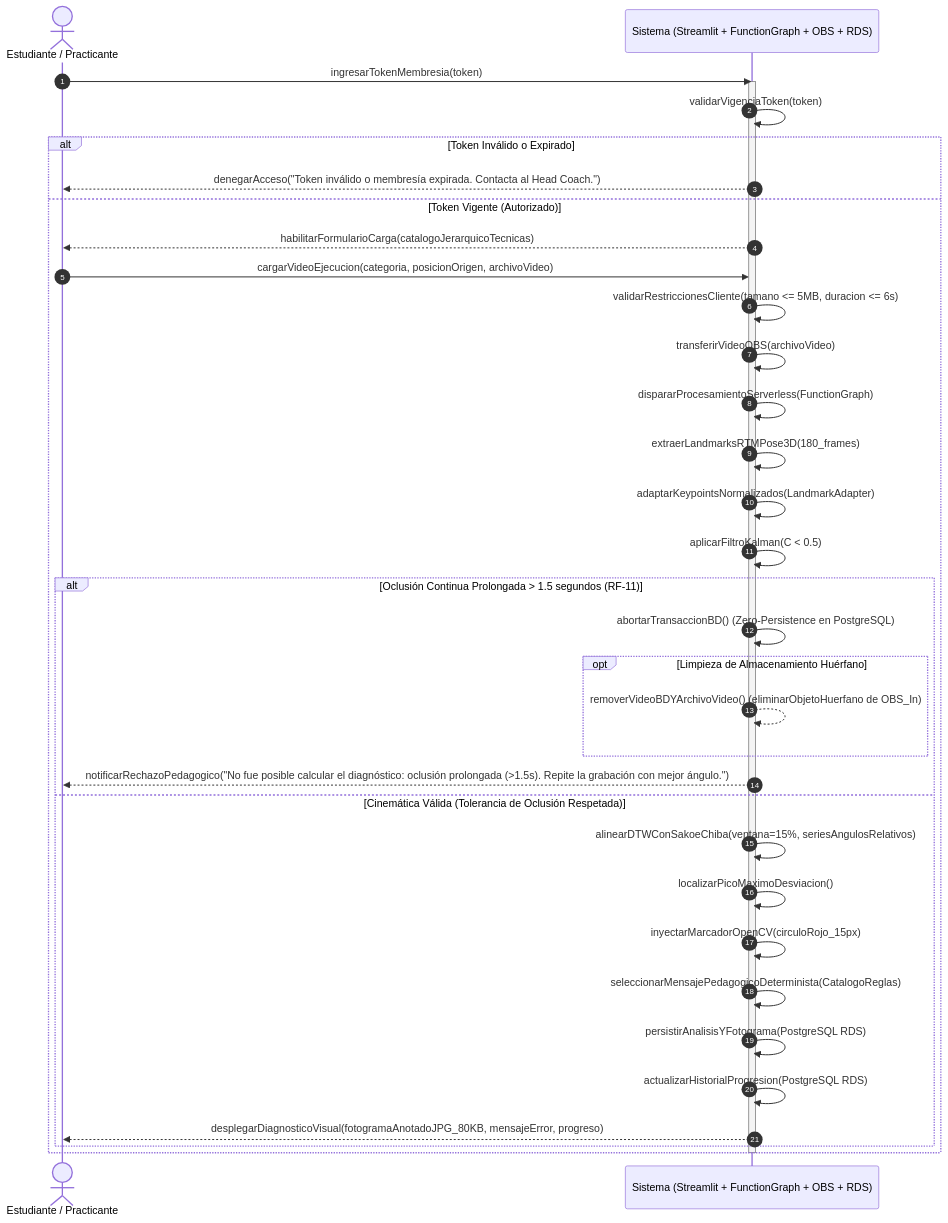
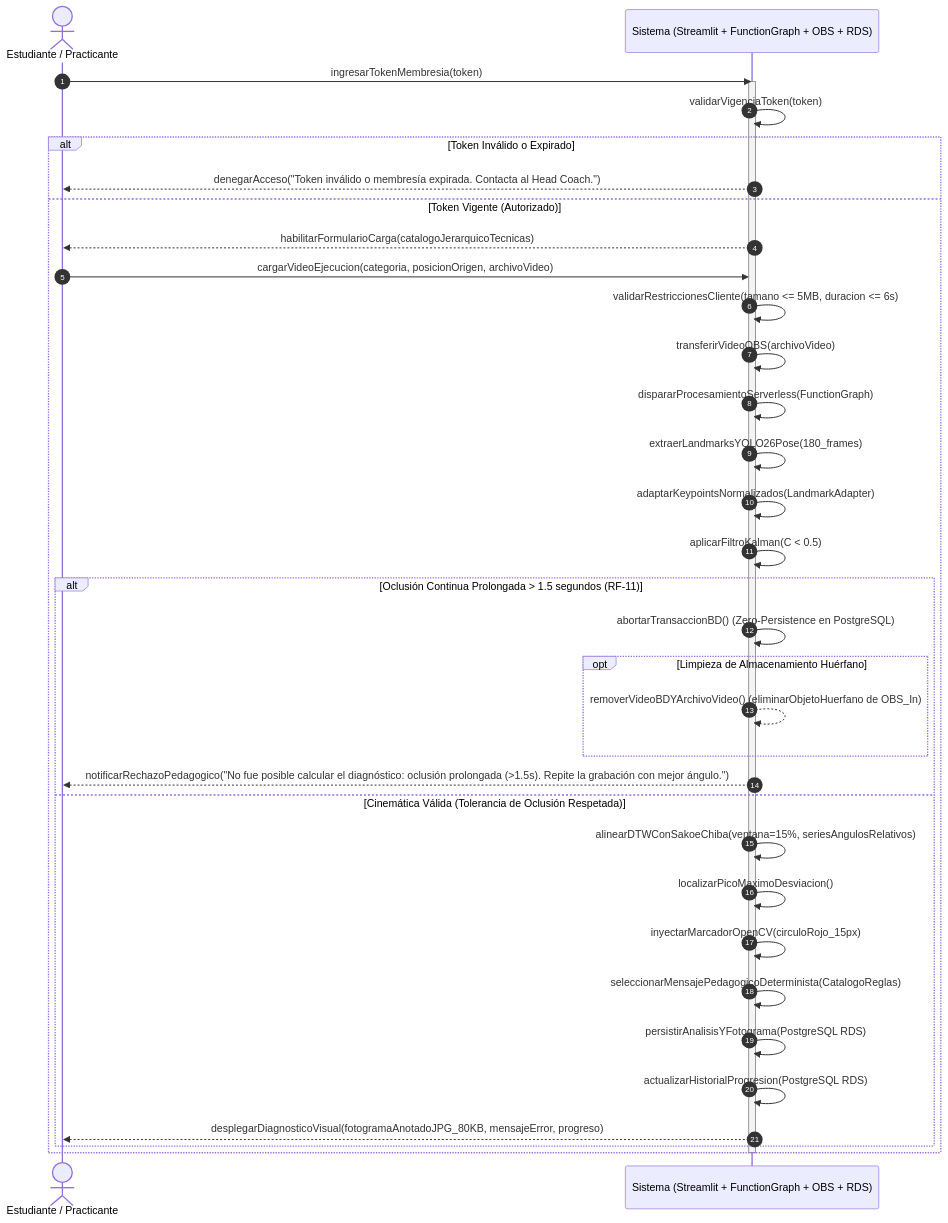
The seventh of 10 diagrams in README.md (Tsmrain/JiuJitsu), drawn with Mermaid before and after one commit. The commit also changed other lines of this file and 57 other files, not shown here.

````diff
--- a/README.md
+++ b/README.md
@@ -1084,41 +1092,41 @@
 ```mermaid
 sequenceDiagram
     autonumber
     actor E as Estudiante / Practicante
     participant Sis as Sistema (Streamlit + FunctionGraph + OBS + RDS)
 
     E->>Sis: ingresarTokenMembresia(token)
     activate Sis
     Sis->>Sis: validarVigenciaToken(token)
     alt Token Inválido o Expirado
         Sis-->>E: denegarAcceso("Token inválido o membresía expirada. Contacta al Head Coach.")
     else Token Vigente (Autorizado)
         Sis-->>E: habilitarFormularioCarga(catalogoJerarquicoTecnicas)
         
         E->>Sis: cargarVideoEjecucion(categoria, posicionOrigen, archivoVideo)
         Sis->>Sis: validarRestriccionesCliente(tamano <= 5MB, duracion <= 6s)
         
         Sis->>Sis: transferirVideoOBS(archivoVideo)
         Sis->>Sis: dispararProcesamientoServerless(FunctionGraph)
-        Sis->>Sis: extraerLandmarksRTMPose3D(180_frames)
+        Sis->>Sis: extraerLandmarksYOLO26Pose(180_frames)
         Sis->>Sis: adaptarKeypointsNormalizados(LandmarkAdapter)
         Sis->>Sis: aplicarFiltroKalman(C < 0.5)
 
         alt Oclusión Continua Prolongada > 1.5 segundos (RF-11)
             Sis->>Sis: abortarTransaccionBD() (Zero-Persistence en PostgreSQL)
             opt Limpieza de Almacenamiento Huérfano
                 Sis-->>Sis: removerVideoBDYArchivoVideo() (eliminarObjetoHuerfano de OBS_In)
             end
             Sis-->>E: notificarRechazoPedagogico("No fue posible calcular el diagnóstico: oclusión prolongada (>1.5s). Repite la grabación con mejor ángulo.")
         else Cinemática Válida (Tolerancia de Oclusión Respetada)
             Sis->>Sis: alinearDTWConSakoeChiba(ventana=15%, seriesAngulosRelativos)
             Sis->>Sis: localizarPicoMaximoDesviacion()
             Sis->>Sis: inyectarMarcadorOpenCV(circuloRojo_15px)
             Sis->>Sis: seleccionarMensajePedagogicoDeterminista(CatalogoReglas)
             Sis->>Sis: persistirAnalisisYFotograma(PostgreSQL RDS)
             Sis->>Sis: actualizarHistorialProgresion(PostgreSQL RDS)
             Sis-->>E: desplegarDiagnosticoVisual(fotogramaAnotadoJPG_80KB, mensajeError, progreso)
         end
     end
     deactivate Sis
 ```
````
